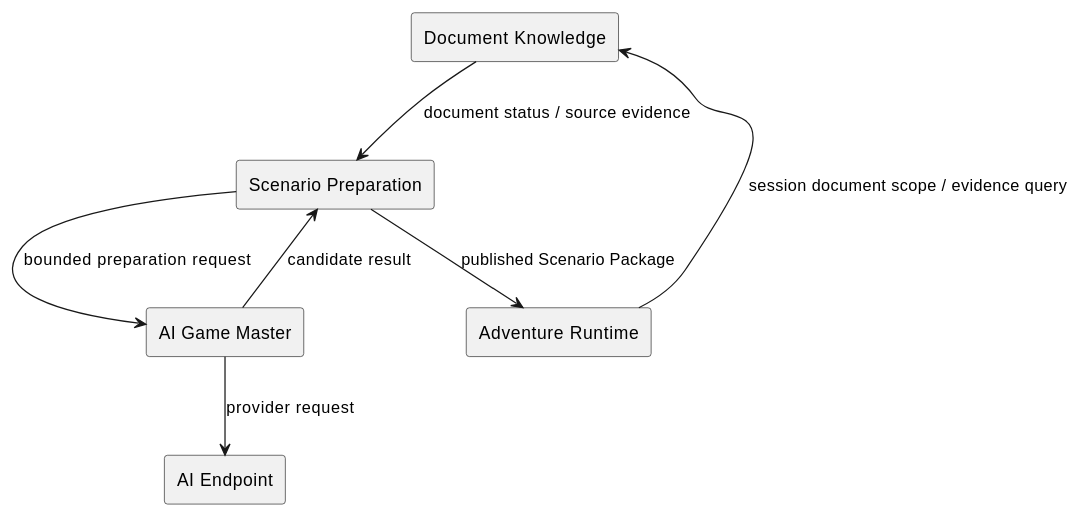
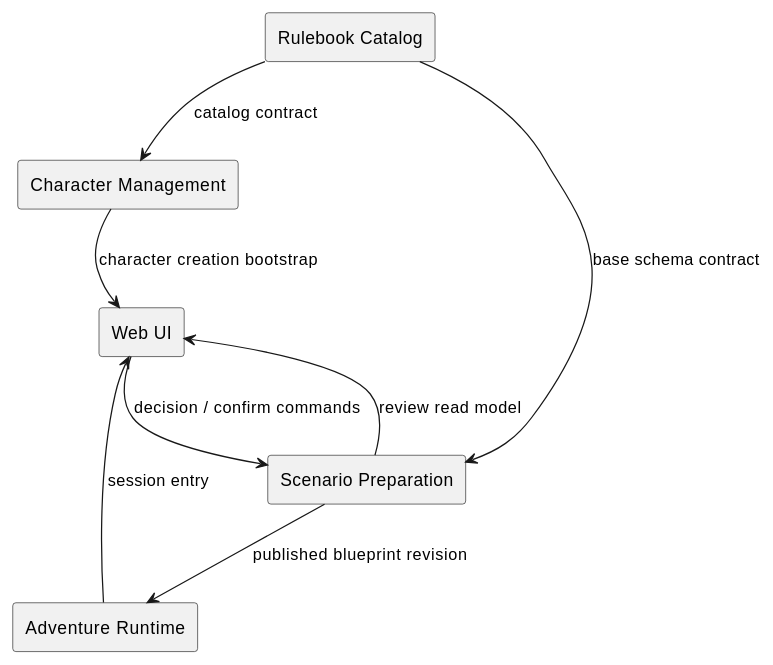
Before and after one commit to omegafrog/dnd-master: the second of 4 diagrams in docs/specs/architecture-spec.md, drawn with PlantUML. The commit also changed other lines of this file and 7 other files, not shown here.

Commit message:
docs: add rulebook character catalog plan

````diff
--- a/docs/specs/architecture-spec.md
+++ b/docs/specs/architecture-spec.md
@@ -139,16 +129,17 @@
 ```plantuml
 @startuml
-rectangle "Document Knowledge" as knowledge
+rectangle "Rulebook Catalog" as catalog
+rectangle "Character Management" as character
 rectangle "Scenario Preparation" as preparation
+rectangle "Web UI" as ui
 rectangle "Adventure Runtime" as runtime
-rectangle "AI Game Master" as gm
-rectangle "AI Endpoint" as endpoint
-
-knowledge --> preparation : document status / source evidence
-preparation --> runtime : published Scenario Package
-preparation --> gm : bounded preparation request
-gm --> preparation : candidate result
-runtime --> knowledge : session document scope / evidence query
-gm --> endpoint : provider request
+catalog --> preparation : base schema contract
+catalog --> character : catalog contract
+character --> ui : character creation bootstrap
+preparation --> ui : review read model
+ui --> preparation : decision / confirm commands
+preparation --> runtime : published blueprint revision
+runtime --> ui : session entry
+ui -[hidden]-> catalog : no direct static catalog
 @enduml
 ```
````
